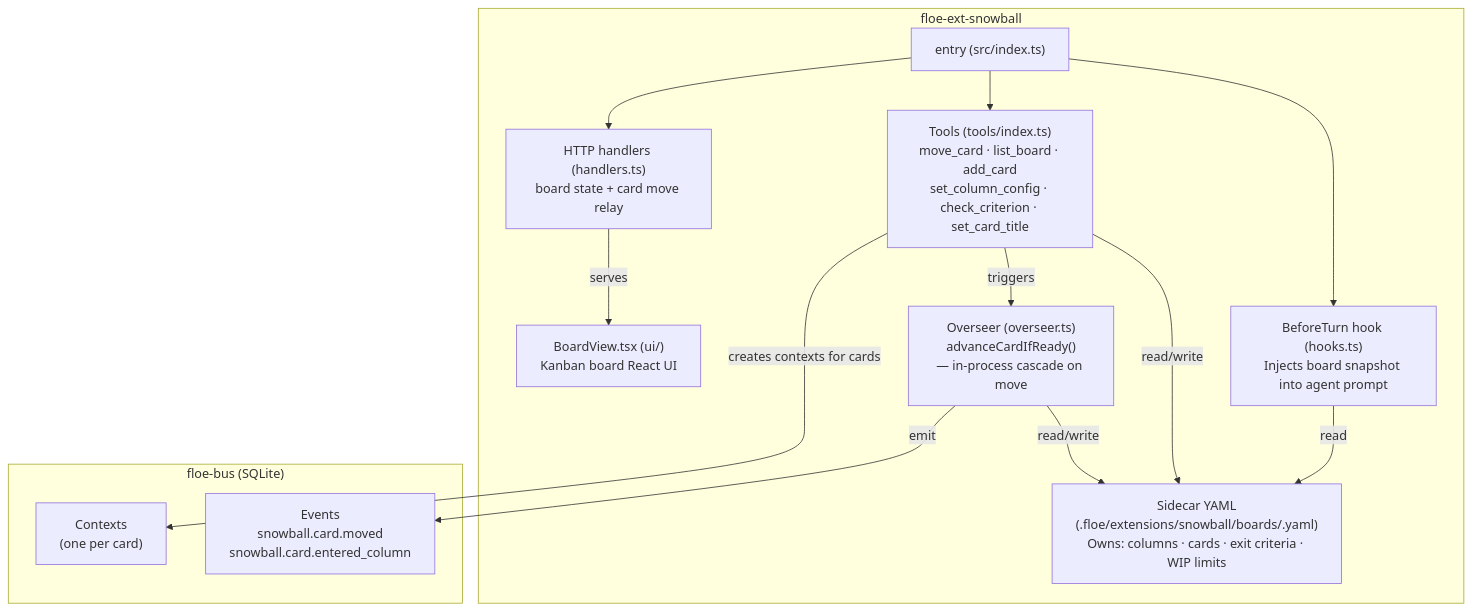
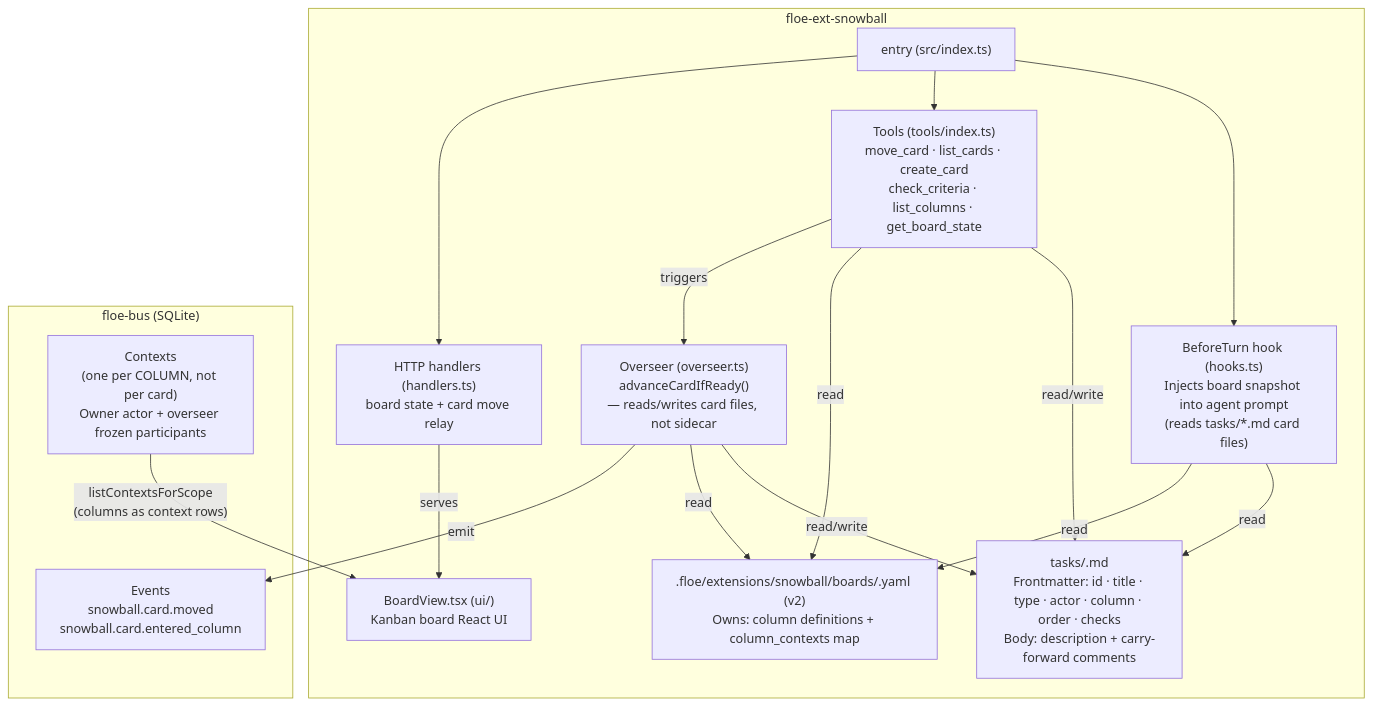
One commit to floe-ai/floe-subtrate changed the eighth of 12 diagrams in docs/architecture/overview.md. Above: the diagram before and after it, drawn with Mermaid. The commit also changed other lines of this file and 14 other files, not shown here.

````diff
--- a/docs/architecture/overview.md
+++ b/docs/architecture/overview.md
@@ -319,28 +319,48 @@
 ```mermaid
 graph TD
     subgraph EXT["floe-ext-snowball"]
         SBX["entry (src/index.ts)"]
-        HOOK["BeforeTurn hook (hooks.ts)\nInjects board snapshot into agent prompt"]
-        TOOLS["Tools (tools/index.ts)\nmove_card · list_board · add_card\nset_column_config · check_criterion · set_card_title"]
-        OVERSEER["Overseer (overseer.ts)\nadvanceCardIfReady()\n— in-process cascade on move"]
-        HTTP["HTTP handlers (handlers.ts)\nboard state + card move relay"]
-        UI["BoardView.tsx (ui/)\nKanban board React UI"]
-        SIDECAR["Sidecar YAML\n(.floe/extensions/snowball/boards/<slug>.yaml)\nOwns: columns · cards · exit criteria · WIP limits"]
+        HOOK["BeforeTurn hook (hooks.ts)
+Injects board snapshot into agent prompt
+(reads tasks/*.md card files)"]
+        TOOLS["Tools (tools/index.ts)
+move_card · list_cards · create_card
+check_criteria · list_columns · get_board_state"]
+        OVERSEER["Overseer (overseer.ts)
+advanceCardIfReady()
+— reads/writes card files, not sidecar"]
+        HTTP["HTTP handlers (handlers.ts)
+board state + card move relay"]
+        UI["BoardView.tsx (ui/)
+Kanban board React UI"]
+        SIDECAR[".floe/extensions/snowball/boards/<slug>.yaml (v2)
+Owns: column definitions + column_contexts map"]
+        CARDS["tasks/<id>.md
+Frontmatter: id · title · type · actor · column · order · checks
+Body: description + carry-forward comments"]
     end
 
     subgraph BUS["floe-bus (SQLite)"]
-        BUS_EV["Events\nsnowball.card.moved\nsnowball.card.entered_column"]
-        BUS_CTX["Contexts\n(one per card)"]
+        BUS_EV["Events
+snowball.card.moved
+snowball.card.entered_column"]
+        BUS_CTX["Contexts
+(one per COLUMN, not per card)
+Owner actor + overseer frozen participants"]
     end
 
     SBX --> HOOK
     SBX --> TOOLS
     SBX --> HTTP
-    TOOLS -->|"read/write"| SIDECAR
+    TOOLS -->|"read/write"| CARDS
+    TOOLS -->|"read"| SIDECAR
+    HOOK -->|"read"| CARDS
     HOOK -->|"read"| SIDECAR
-    OVERSEER -->|"read/write"| SIDECAR
+    OVERSEER -->|"read/write"| CARDS
+    OVERSEER -->|"read"| SIDECAR
     TOOLS -->|"triggers"| OVERSEER
     OVERSEER -->|"emit"| BUS_EV
     HTTP -->|"serves"| UI
-    TOOLS -->|"creates contexts for cards"| BUS_CTX
+    BUS_CTX -->|"listContextsForScope
+(columns as context rows)"| UI
 ```
````
